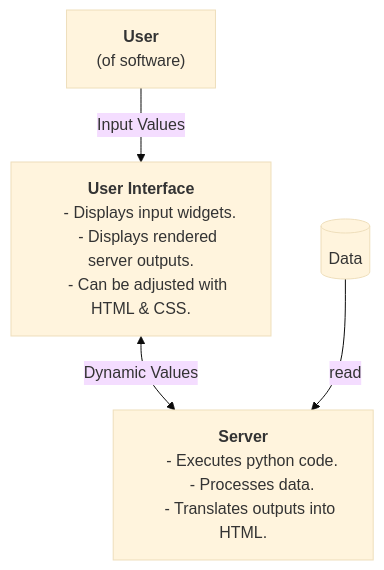
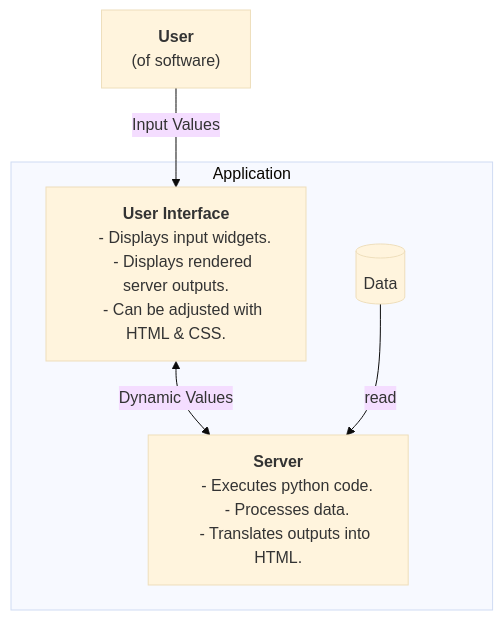
One commit to r-leyshon/blogging changed the diagram in www/01-python-shiny/shiny-process-chart.MD. Above: the diagram before and after it, drawn with Mermaid (base theme).

Commit message:
feat: Add subgraph to process chart

````diff
--- a/www/01-python-shiny/shiny-process-chart.MD
+++ b/www/01-python-shiny/shiny-process-chart.MD
@@ -1,20 +1,23 @@
 ``` mermaid
 
 flowchart TD
 
     user["<strong>User</strong>
     (of software)"]
+    subgraph Application
     server["<strong>Server</strong>
     - Executes python code.
     - Processes data.
     - Translates outputs into HTML.
     "]
     ui["<strong>User Interface</strong>
     - Displays input widgets.
     - Displays rendered server outputs.
     - Can be adjusted with HTML & CSS."]
     db[("Data")]
+    end
     user -->|Input Values| ui <-->|Dynamic Values| server
     db -->|read| server
+    
 
 ```
````
